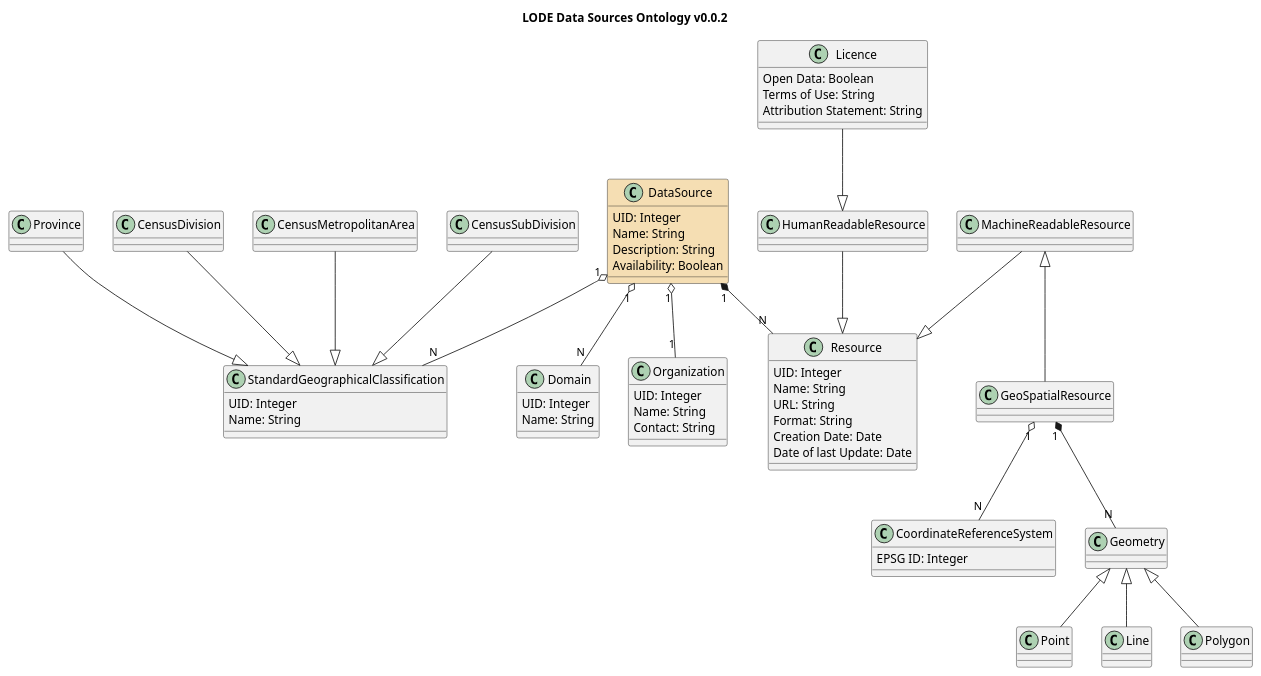
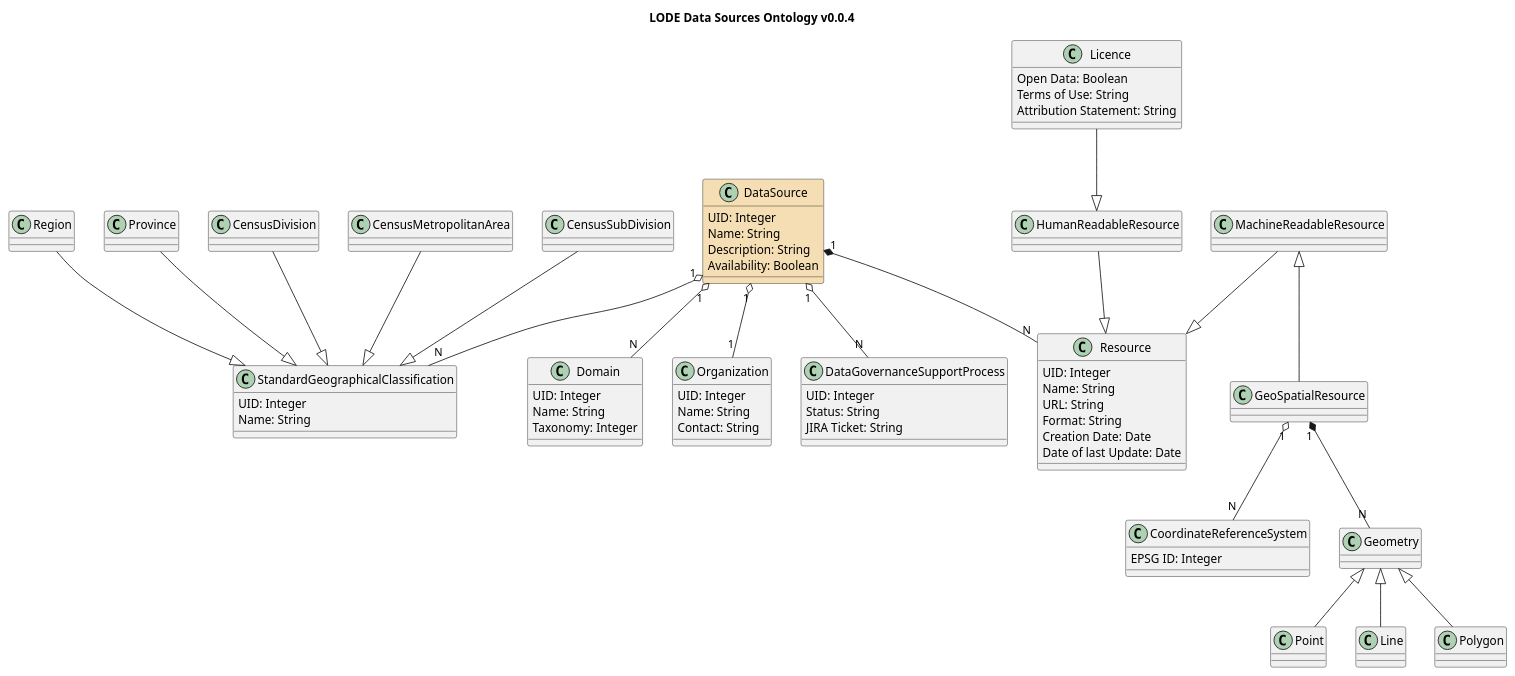
Before and after one commit to CSBP-CPSE/LODE-ECDO: the diagram in sources/ontology/LodeDataSourcesOntology.puml, drawn with PlantUML. The commit also changed 4 other files, not shown here.

```diff
--- a/sources/ontology/LodeDataSourcesOntology.puml
+++ b/sources/ontology/LodeDataSourcesOntology.puml
@@ -1,92 +1,103 @@
 @startuml LODE Data Sources Ontology
 
-title LODE Data Sources Ontology v0.0.2
+title LODE Data Sources Ontology v0.0.4
 
 class DataSource #Wheat {
 
     UID: Integer
     Name: String
     Description: String
     Availability: Boolean
 } 
 
 
 class GeoSpatialResource 
 
 MachineReadableResource <|-- GeoSpatialResource
 
 class StandardGeographicalClassification {
     UID: Integer
     Name: String
 }
+class Region
 class Province
 class CensusDivision
 class CensusMetropolitanArea
 class CensusSubDivision
 
+Region --|> StandardGeographicalClassification
 Province --|> StandardGeographicalClassification
 CensusDivision --|> StandardGeographicalClassification
 CensusMetropolitanArea --|> StandardGeographicalClassification
 CensusSubDivision --|> StandardGeographicalClassification
 
 DataSource "1" o-- "N" StandardGeographicalClassification
 
 class CoordinateReferenceSystem {
     EPSG ID: Integer
 }
 
 GeoSpatialResource "1" o-- "N" CoordinateReferenceSystem
 
 
 
 class Domain {
     UID: Integer
     Name: String
+    Taxonomy: Integer
 }
 
 DataSource "1" o-- "N" Domain
 
 class Geometry
 class Point 
 class Line
 class Polygon 
 
 Geometry <|-- Point
 Geometry <|-- Line
 Geometry <|-- Polygon
 
 GeoSpatialResource "1" *-- "N" Geometry
 
 class Resource {
     UID: Integer
     Name: String
     URL: String
     Format: String
     Creation Date: Date
     Date of last Update: Date
 }
 
 class MachineReadableResource
 class HumanReadableResource
 
 class Licence {
     Open Data: Boolean
     Terms of Use: String
     Attribution Statement: String
 }
 
 MachineReadableResource --|> Resource
 HumanReadableResource --|> Resource
 Licence --|> HumanReadableResource
 
 DataSource "1" *-- "N" Resource
 
 class Organization {
     UID: Integer
     Name: String
     Contact: String
 }
 
 DataSource "1" o-- "1" Organization
 
+class DataGovernanceSupportProcess {
+    UID: Integer
+    Status: String
+    JIRA Ticket: String
+}
+
+DataSource "1" o-- "N"  DataGovernanceSupportProcess
+
 @enduml
```
